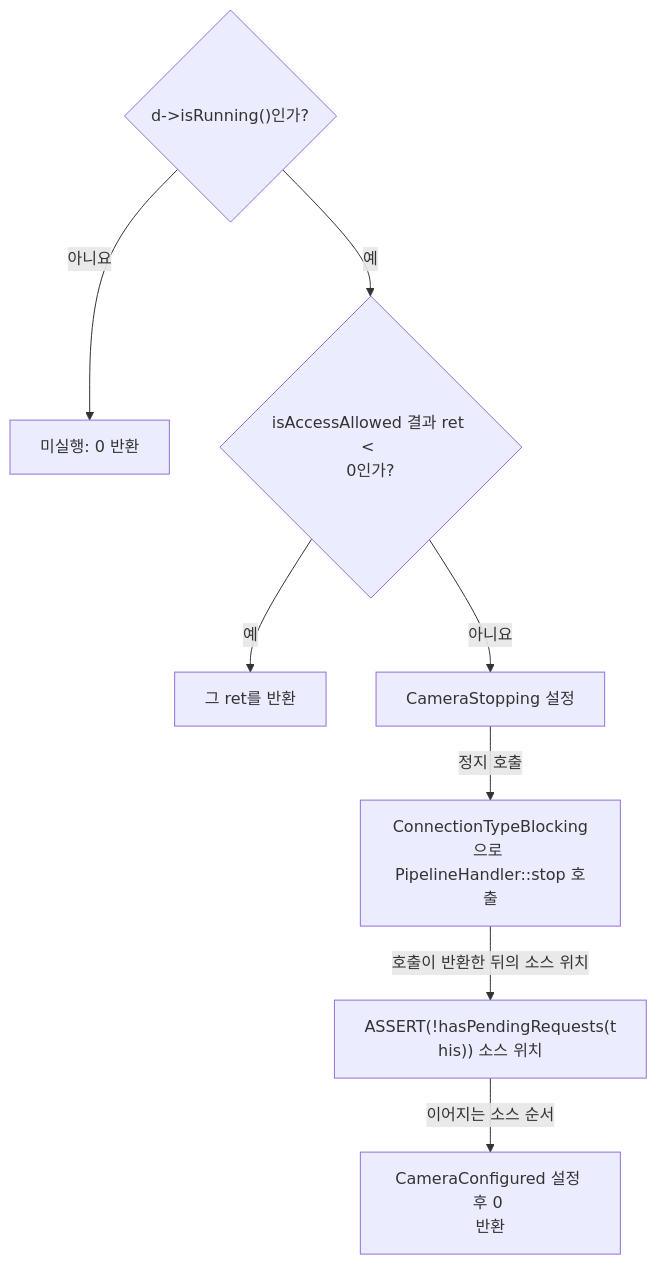
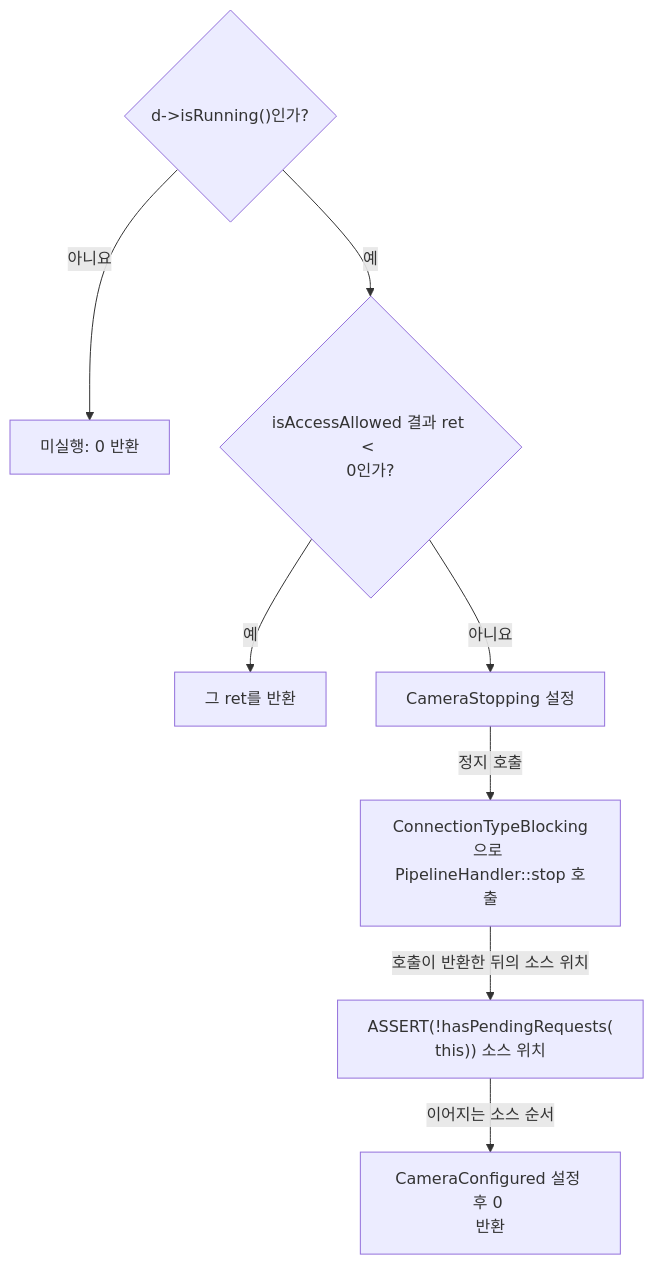
One commit to TTolsun/libcamera-sdd changed the diagram in docs/request-lifecycle.camera-stop-branches.mmd. Above: the diagram before and after it, drawn with Mermaid. The commit also changed 88 other files, not shown here.

Commit message:
Publish readable opening scale for bilingual diagrams

```diff
--- a/docs/request-lifecycle.camera-stop-branches.mmd
+++ b/docs/request-lifecycle.camera-stop-branches.mmd
@@ -1,17 +1,17 @@
 flowchart TB
-%% sdd:translations {"ASSERT#40;#33;hasPendingRequests#40;t<br/>his#41;#41; 소스 위치": "Source location of <br/>ASSERT#40;#33;hasPendingRequests#40;t<br/>his#41;#41;", "CameraConfigured 설정 후 0 <br/>반환": "Set CameraConfigured, then <br/>return 0", "CameraStopping 설정": "Set CameraStopping", "ConnectionTypeBlocking으로 <br/>PipelineHandler::stop 호출": "Invoke <br/>PipelineHandler::stop with <br/>ConnectionTypeBlocking", "d-#62;isRunning#40;#41;인가?": "Is d-#62;isRunning#40;#41; true?", "isAccessAllowed 결과 ret #60; <br/>0인가?": "Is isAccessAllowed result <br/>ret #60; 0?", "그 ret를 반환": "Return that ret", "미실행: 0 반환": "Not running: return 0", "아니요": "No", "예": "Yes", "이어지는 소스 순서": "Following source order", "정지 호출": "Invoke stop", "호출이 반환한 뒤의 소스 위치": "Source location after <br/>invocation returns"}
+%% sdd:translations {"ASSERT#40;#33;hasPendingRequests#40;<br/>this#41;#41; 소스 위치": "Source location of <br/>ASSERT#40;#33;hasPendingRequests#40;<br/>this#41;#41;", "CameraConfigured 설정 후 0 <br/>반환": "Set CameraConfigured, then <br/>return 0", "CameraStopping 설정": "Set CameraStopping", "ConnectionTypeBlocking으로 <br/>PipelineHandler::stop 호출": "Invoke <br/>PipelineHandler::stop with <br/>ConnectionTypeBlocking", "d-#62;isRunning#40;#41;인가?": "Is d-#62;isRunning#40;#41; true?", "isAccessAllowed 결과 ret #60; <br/>0인가?": "Is isAccessAllowed result <br/>ret #60; 0?", "그 ret를 반환": "Return that ret", "미실행: 0 반환": "Not running: return 0", "아니요": "No", "예": "Yes", "이어지는 소스 순서": "Following source order", "정지 호출": "Invoke stop", "호출이 반환한 뒤의 소스 위치": "Source location after <br/>invocation returns"}
   v_running{"d-#62;isRunning#40;#41;인가?"}
   v_noop["미실행: 0 반환"]
   v_access{"isAccessAllowed 결과 ret #60; <br/>0인가?"}
   v_error["그 ret를 반환"]
   v_stopping["CameraStopping 설정"]
   v_invoke["ConnectionTypeBlocking으로 <br/>PipelineHandler::stop 호출"]
-  v_assertion["ASSERT#40;#33;hasPendingRequests#40;t<br/>his#41;#41; 소스 위치"]
+  v_assertion["ASSERT#40;#33;hasPendingRequests#40;<br/>this#41;#41; 소스 위치"]
   v_configured["CameraConfigured 설정 후 0 <br/>반환"]
   v_running -->|"아니요"| v_noop
   v_running -->|"예"| v_access
   v_access -->|"예"| v_error
   v_access -->|"아니요"| v_stopping
   v_stopping -->|"정지 호출"| v_invoke
   v_invoke -->|"호출이 반환한 뒤의 소스 위치"| v_assertion
   v_assertion -->|"이어지는 소스 순서"| v_configured
```
